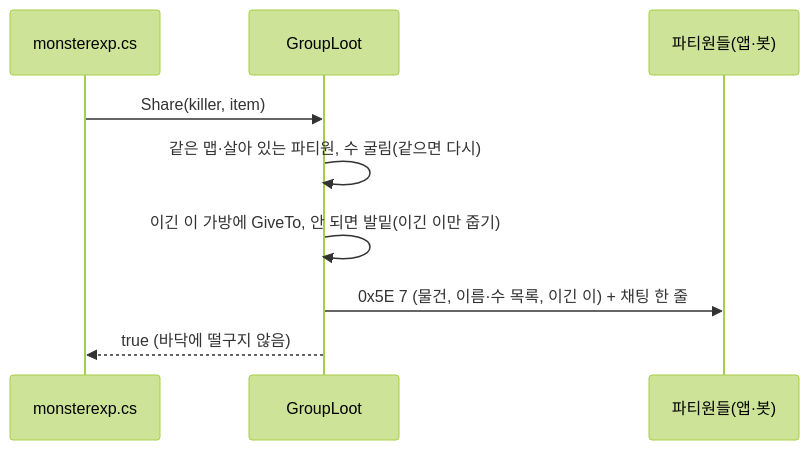
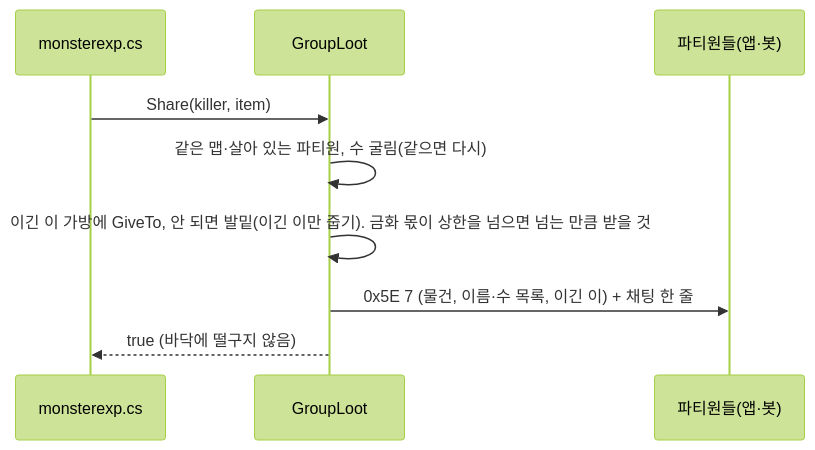
Before and after one commit to sangchane/LegendOfDarkness: the third of 6 diagrams in autopilot/loot-auction/04-architecture.md, drawn with Mermaid (forest theme). The commit also changed other lines of this file and 8 other files, not shown here.

````diff
--- a/autopilot/loot-auction/04-architecture.md
+++ b/autopilot/loot-auction/04-architecture.md
@@ -65,11 +65,11 @@
 ```mermaid
 sequenceDiagram
   participant M as monsterexp.cs
   participant G as GroupLoot
   participant P as 파티원들(앱·봇)
   M->>G: Share(killer, item)
   G->>G: 같은 맵·살아 있는 파티원, 수 굴림(같으면 다시)
-  G->>G: 이긴 이 가방에 GiveTo, 안 되면 발밑(이긴 이만 줍기)
+  G->>G: 이긴 이 가방에 GiveTo, 안 되면 발밑(이긴 이만 줍기). 금화 몫이 상한을 넘으면 넘는 만큼 받을 것
   G->>P: 0x5E 7 (물건, 이름·수 목록, 이긴 이) + 채팅 한 줄
   G-->>M: true (바닥에 떨구지 않음)
 ```
````
